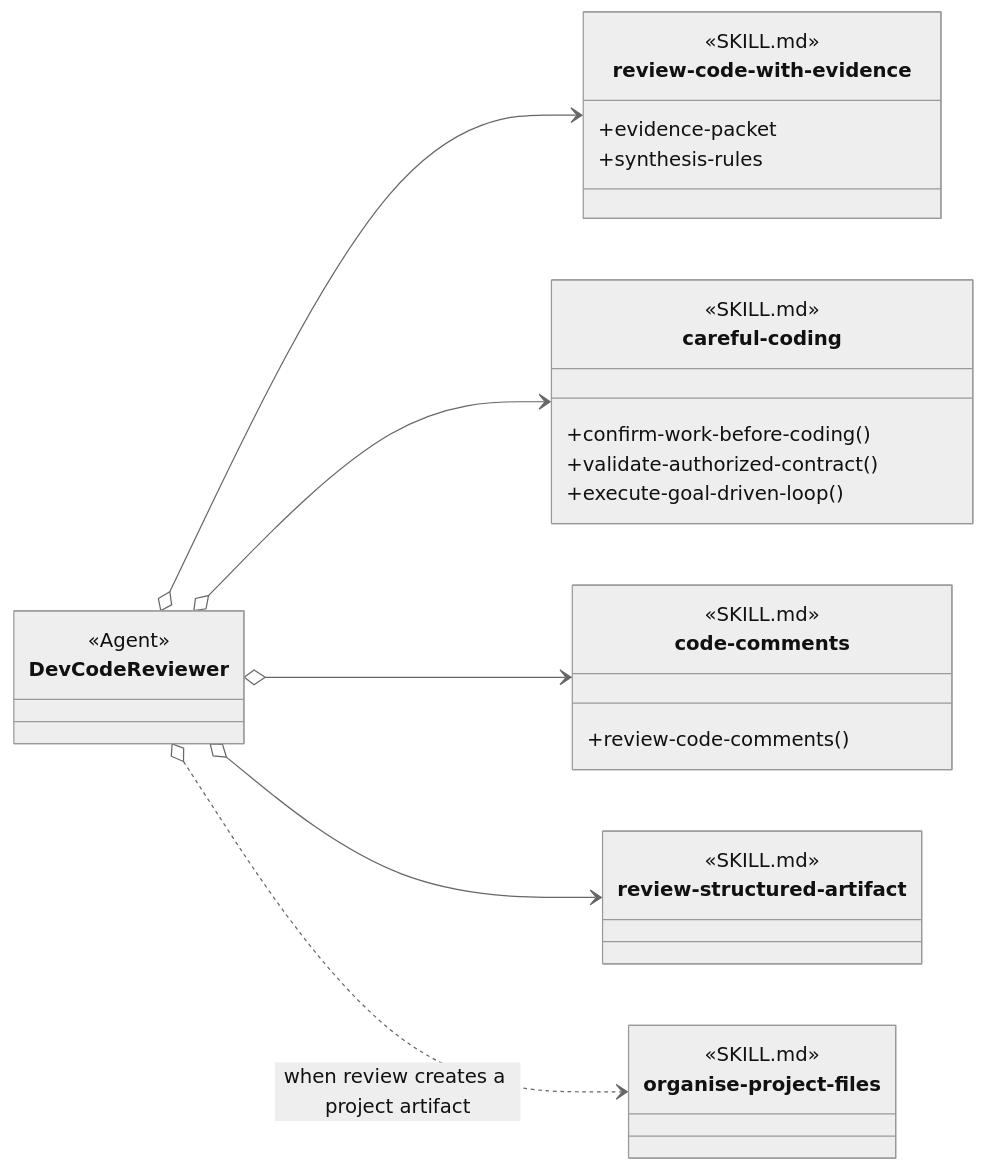
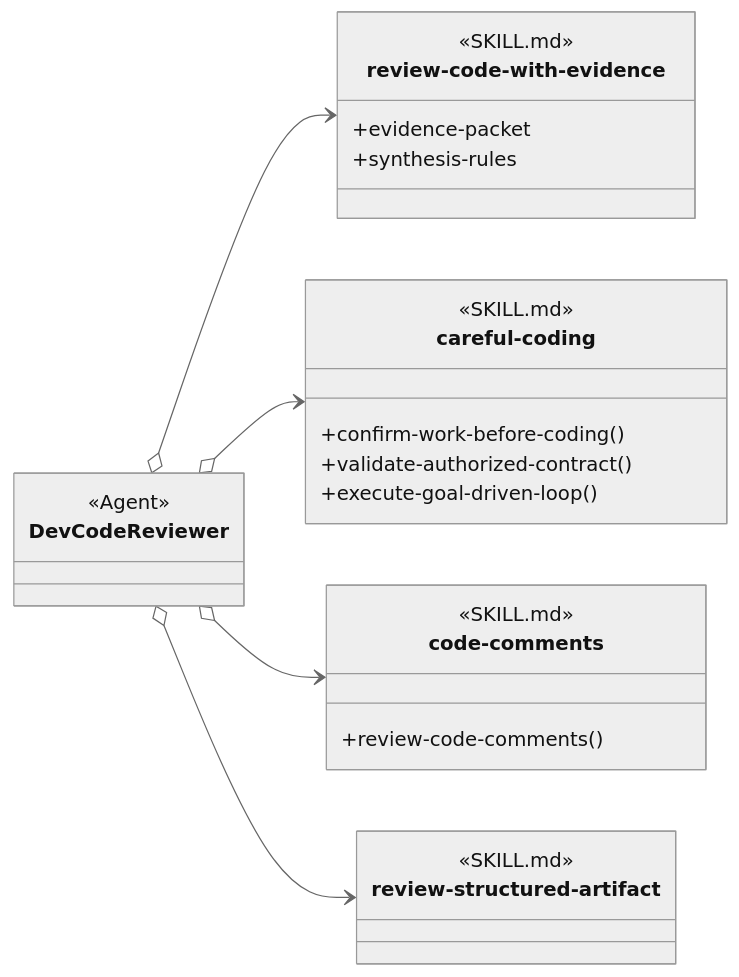
One commit to martinbechard/dev-methodology changed the second of 6 diagrams in design/agents/review-and-verification.md. Above: the diagram before and after it, drawn with Mermaid (neutral theme). The commit also changed other lines of this file and 140 other files, not shown here.

````diff
--- a/design/agents/review-and-verification.md
+++ b/design/agents/review-and-verification.md
@@ -61,40 +61,35 @@
 ```mermaid
 classDiagram
     direction LR
 
     class DevCodeReviewer {
         <<Agent>>
     }
     class review-code-with-evidence {
         <<SKILL.md>>
         <<Agent Skill>>
         +evidence-packet
         +synthesis-rules
     }
     class careful-coding {
         <<SKILL.md>>
         <<Cross-group>>
         +confirm-work-before-coding()
         +validate-authorized-contract()
         +execute-goal-driven-loop()
     }
     class code-comments {
         <<SKILL.md>>
         <<Cross-group>>
         +review-code-comments()
     }
     class review-structured-artifact {
         <<SKILL.md>>
         <<Cross-group>>
     }
-    class organise-project-files {
-        <<SKILL.md>>
-        <<Cross-group>>
-    }
 
     DevCodeReviewer o--> review-code-with-evidence
     DevCodeReviewer o--> careful-coding
     DevCodeReviewer o--> code-comments
     DevCodeReviewer o--> review-structured-artifact
-    DevCodeReviewer o..> organise-project-files : when review creates a project artifact
 ```
````
